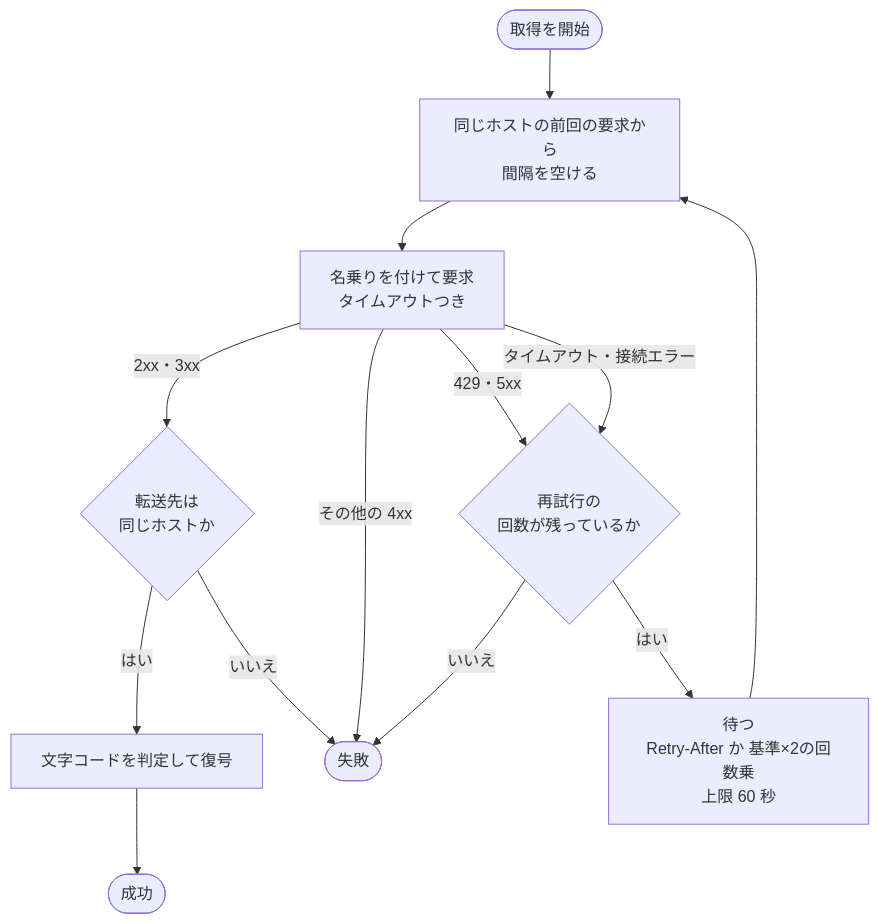
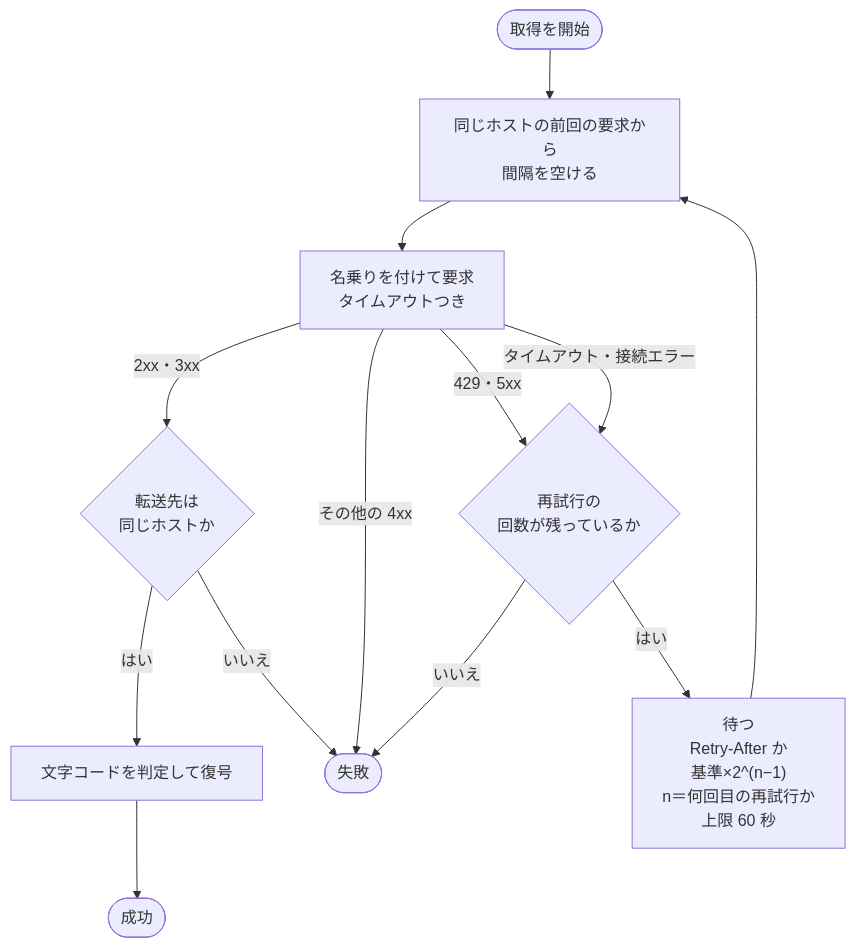
The second of 4 diagrams in docs/03_詳細設計.md (takato-y/web-data-collector), drawn with Mermaid before and after one commit. The commit also changed other lines of this file and 8 other files, not shown here.

````diff
--- a/docs/03_詳細設計.md
+++ b/docs/03_詳細設計.md
@@ -62,13 +63,13 @@
 ```mermaid
 flowchart TD
     A([取得を開始]) --> W["同じホストの前回の要求から<br/>間隔を空ける"]
     W --> REQ["名乗りを付けて要求<br/>タイムアウトつき"]
     REQ -->|2xx・3xx| HOST{"転送先は<br/>同じホストか"}
     HOST -->|はい| DEC["文字コードを判定して復号"] --> OK([成功])
     HOST -->|いいえ| NG([失敗])
     REQ -->|429・5xx| RETRY{"再試行の<br/>回数が残っているか"}
     REQ -->|タイムアウト・接続エラー| RETRY
     REQ -->|その他の 4xx| NG
-    RETRY -->|はい| SLEEP["待つ<br/>Retry-After か 基準×2の回数乗<br/>上限 60 秒"] --> W
+    RETRY -->|はい| SLEEP["待つ<br/>Retry-After か<br/>基準×2^(n−1)<br/>n＝何回目の再試行か<br/>上限 60 秒"] --> W
     RETRY -->|いいえ| NG
 ```
````
